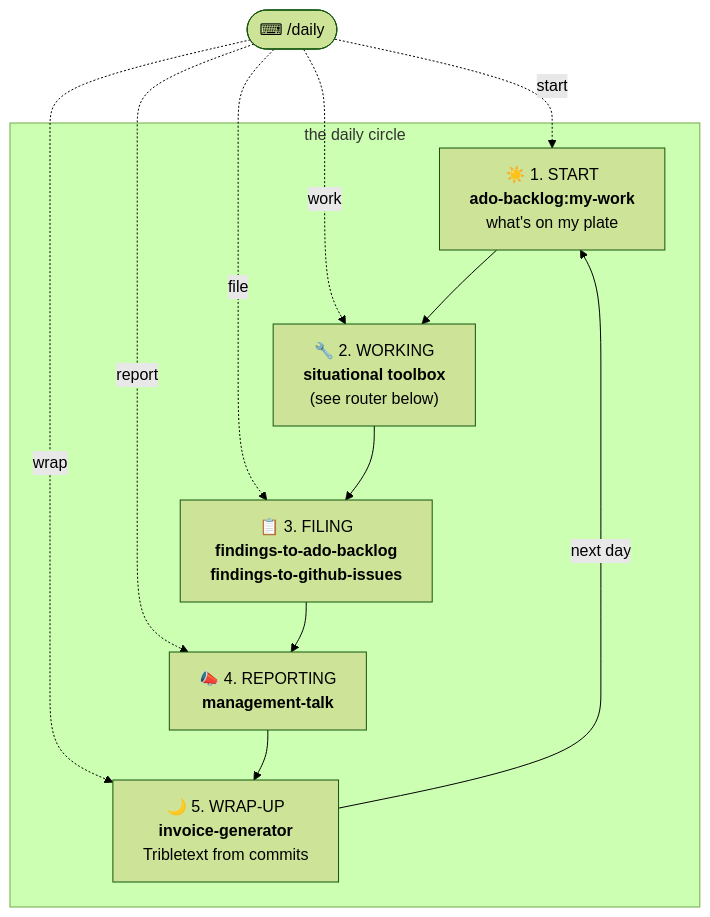
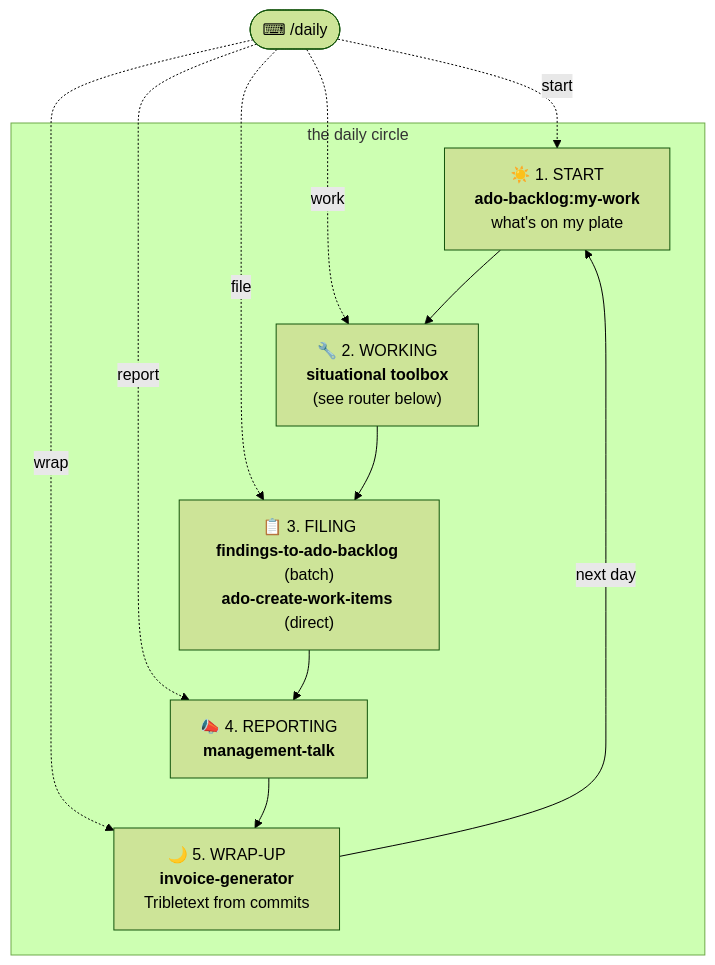
One commit to ThodsaphonSonthiphin/workflow-daily-work changed the first of 2 diagrams in PLAYBOOK.md. Above: the diagram before and after it, drawn with Mermaid (forest theme). The commit also changed other lines of this file and 3 other files, not shown here.

Commit message:
feat(dev-workflows): FILE station routes batch pipeline vs direct create (v0.10.1)

````diff
--- a/PLAYBOOK.md
+++ b/PLAYBOOK.md
@@ -9,22 +9,22 @@
 ```mermaid
 flowchart TD
     DAILY(["⌨ /daily"]) -.start.-> START
     DAILY -.work.-> WORK
     DAILY -.file.-> FILE
     DAILY -.report.-> REPORT
     DAILY -.wrap.-> WRAP
 
     subgraph CIRCLE [" the daily circle "]
         START["☀️ 1. START<br/><b>ado-backlog:my-work</b><br/>what's on my plate"]
         WORK["🔧 2. WORKING<br/><b>situational toolbox</b><br/>(see router below)"]
-        FILE["📋 3. FILING<br/><b>findings-to-ado-backlog</b><br/><b>findings-to-github-issues</b>"]
+        FILE["📋 3. FILING<br/><b>findings-to-ado-backlog</b> (batch)<br/><b>ado-create-work-items</b> (direct)"]
         REPORT["📣 4. REPORTING<br/><b>management-talk</b>"]
         WRAP["🌙 5. WRAP-UP<br/><b>invoice-generator</b><br/>Tribletext from commits"]
 
         START --> WORK
         WORK --> FILE
         FILE --> REPORT
         REPORT --> WRAP
         WRAP -- next day --> START
     end
 ```
````
